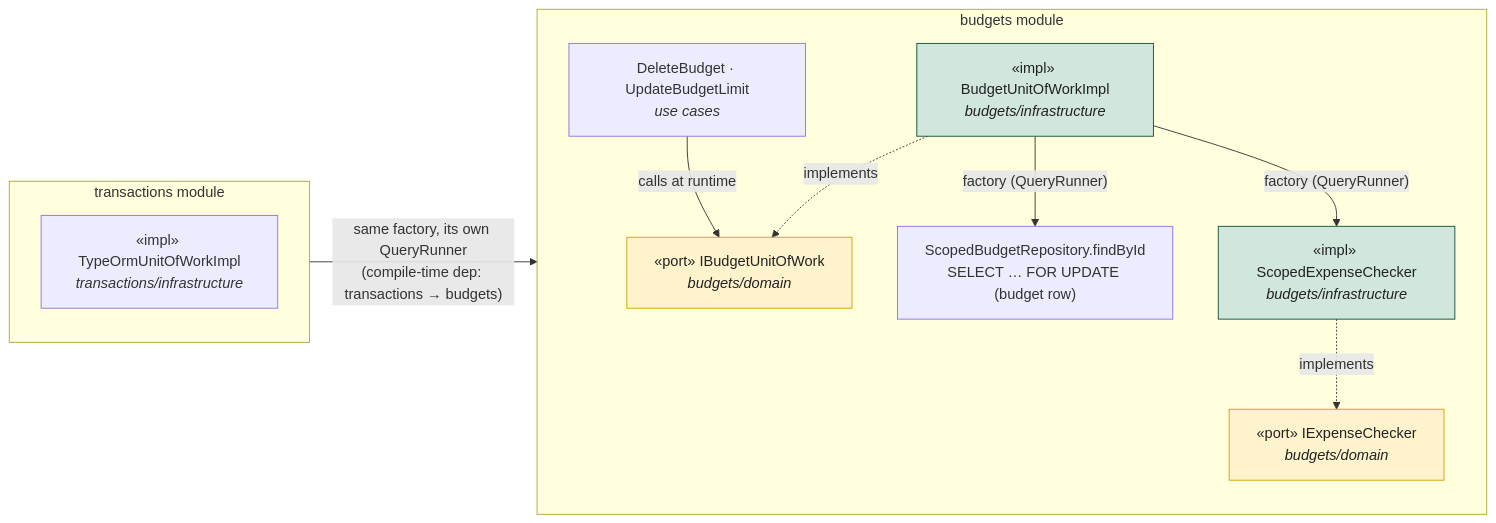
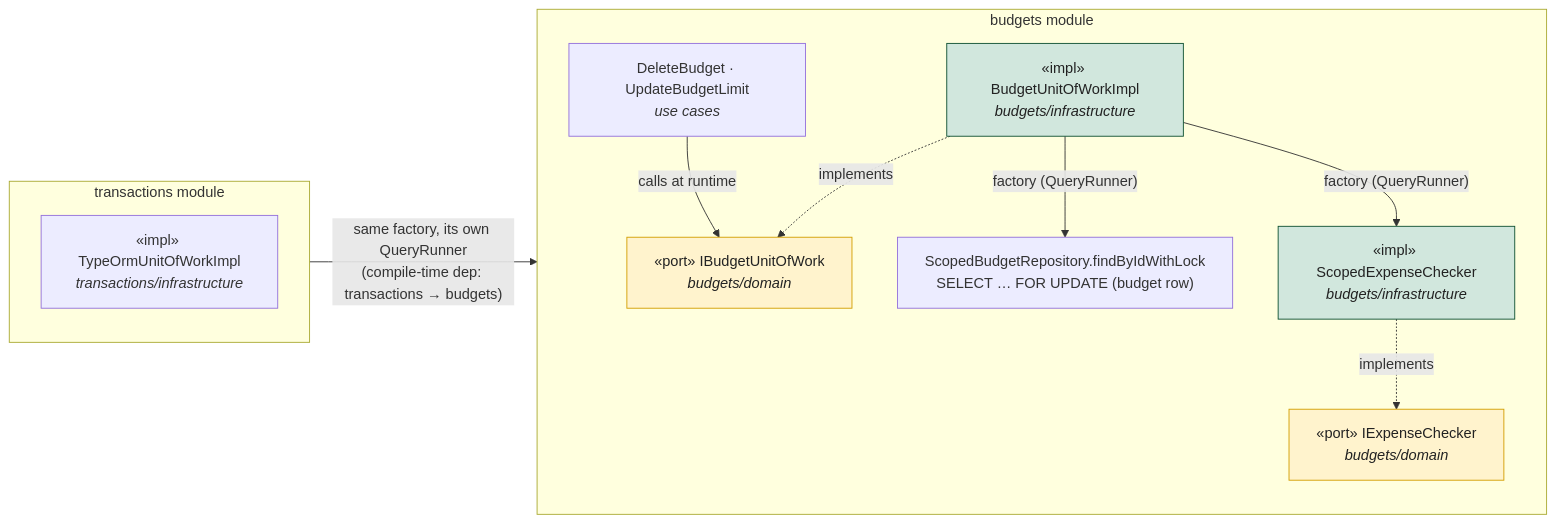
One commit to vicentera0957-arch/personal-finance-api changed the third of 6 diagrams in docs/architecture.md. Above: the diagram before and after it, drawn with Mermaid. The commit also changed other lines of this file and 9 other files, not shown here.

````diff
--- a/docs/architecture.md
+++ b/docs/architecture.md
@@ -114,29 +114,29 @@
 ```mermaid
 flowchart LR
     subgraph budgets["budgets module"]
         direction TB
         BUC["DeleteBudget · UpdateBudgetLimit<br/><i>use cases</i>"]
         IBU["«port» IBudgetUnitOfWork<br/><i>budgets/domain</i>"]
         UOW["«impl» BudgetUnitOfWorkImpl<br/><i>budgets/infrastructure</i>"]
         IEC["«port» IExpenseChecker<br/><i>budgets/domain</i>"]
         ECI["«impl» ScopedExpenseChecker<br/><i>budgets/infrastructure</i>"]
-        BLOCK["ScopedBudgetRepository.findById<br/>SELECT … FOR UPDATE (budget row)"]
+        BLOCK["ScopedBudgetRepository.findByIdWithLock<br/>SELECT … FOR UPDATE (budget row)"]
         BUC -->|"calls at runtime"| IBU
         UOW -.->|implements| IBU
         UOW -->|"factory (QueryRunner)"| BLOCK
         UOW -->|"factory (QueryRunner)"| ECI
         ECI -.->|implements| IEC
     end
 
     subgraph transactions["transactions module"]
         direction TB
         TUOW["«impl» TypeOrmUnitOfWorkImpl<br/><i>transactions/infrastructure</i>"]
     end
 
     TUOW -->|"same factory, its own QueryRunner<br/>(compile-time dep: transactions → budgets)"| BLOCK
 
     classDef port fill:#fff3cd,stroke:#d39e00,color:#222;
     classDef impl fill:#d1e7dd,stroke:#0f5132,color:#222;
     class IBU,IEC port
     class UOW,ECI impl
 ```
````
